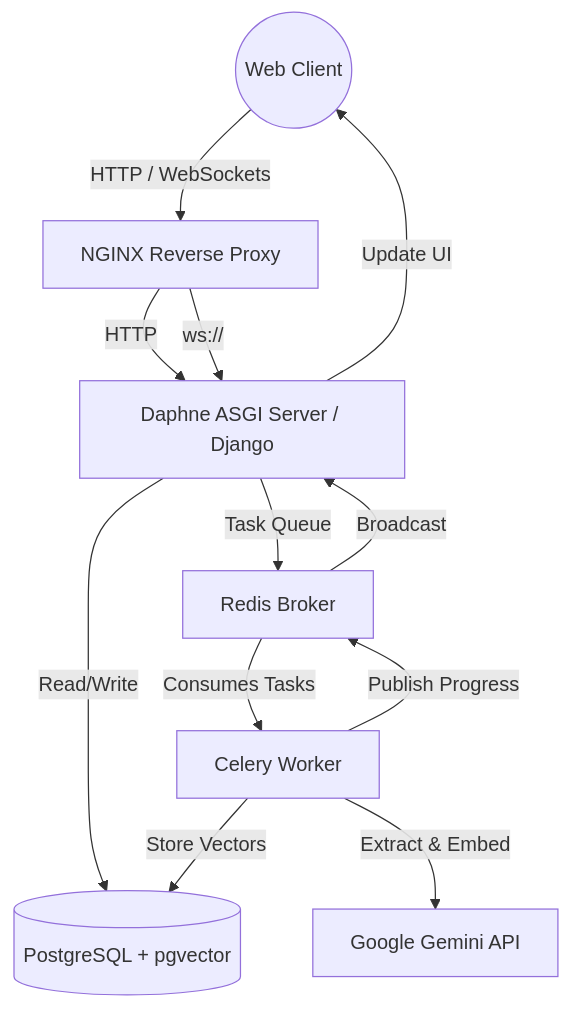
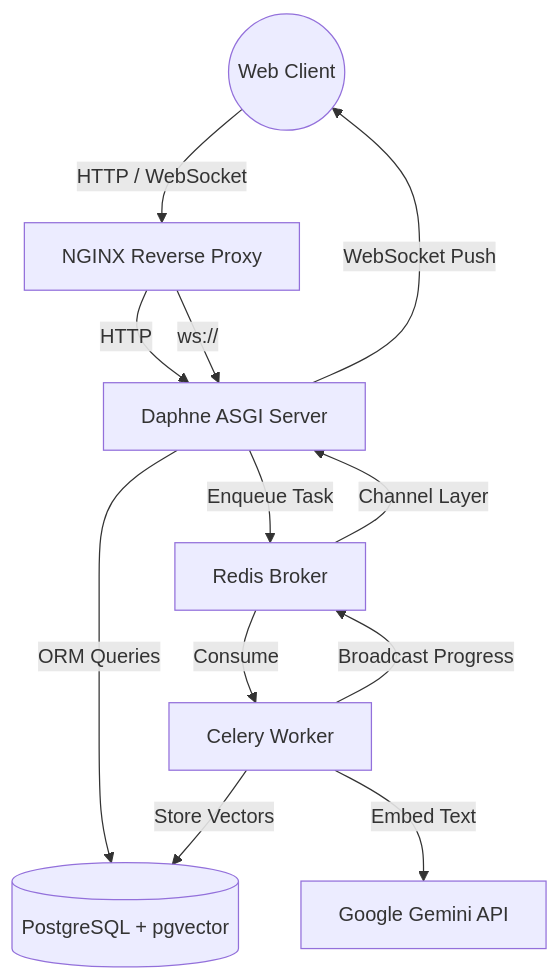
One commit to Jishan198/DocuMind changed the first of 3 diagrams in README.md. Above: the diagram before and after it, drawn with Mermaid. The commit also changed other lines of this file and 12 other files, not shown here.

````diff
--- a/README.md
+++ b/README.md
@@ -19,17 +24,17 @@
 ```mermaid
 graph TD;
-    Client((Web Client)) -->|HTTP / WebSockets| NGINX[NGINX Reverse Proxy];
-    NGINX -->|HTTP| Daphne[Daphne ASGI Server / Django];
+    Client((Web Client)) -->|HTTP / WebSocket| NGINX[NGINX Reverse Proxy];
+    NGINX -->|HTTP| Daphne[Daphne ASGI Server];
     NGINX -->|ws://| Daphne;
-    
-    Daphne -->|Read/Write| DB[(PostgreSQL + pgvector)];
-    Daphne -->|Task Queue| Redis[Redis Broker];
-    
-    Redis -->|Consumes Tasks| Celery[Celery Worker];
-    Celery -->|Extract & Embed| Gemini[Google Gemini API];
+
+    Daphne -->|ORM Queries| DB[(PostgreSQL + pgvector)];
+    Daphne -->|Enqueue Task| Redis[Redis Broker];
+
+    Redis -->|Consume| Celery[Celery Worker];
+    Celery -->|Embed Text| Gemini[Google Gemini API];
     Celery -->|Store Vectors| DB;
-    Celery -->|Publish Progress| Redis;
-    
-    Redis -->|Broadcast| Daphne;
-    Daphne -->|Update UI| Client;
+    Celery -->|Broadcast Progress| Redis;
+
+    Redis -->|Channel Layer| Daphne;
+    Daphne -->|WebSocket Push| Client;
 ```
````
